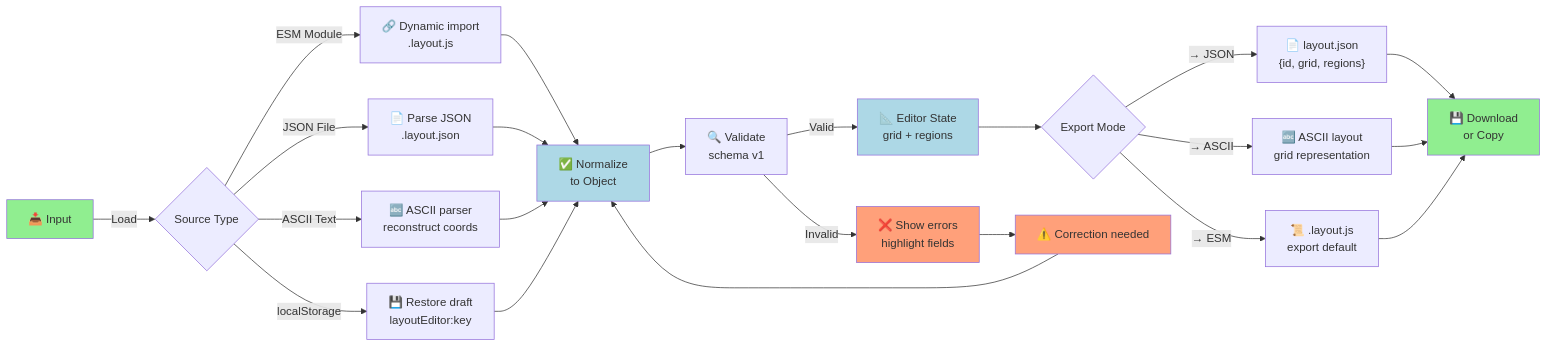
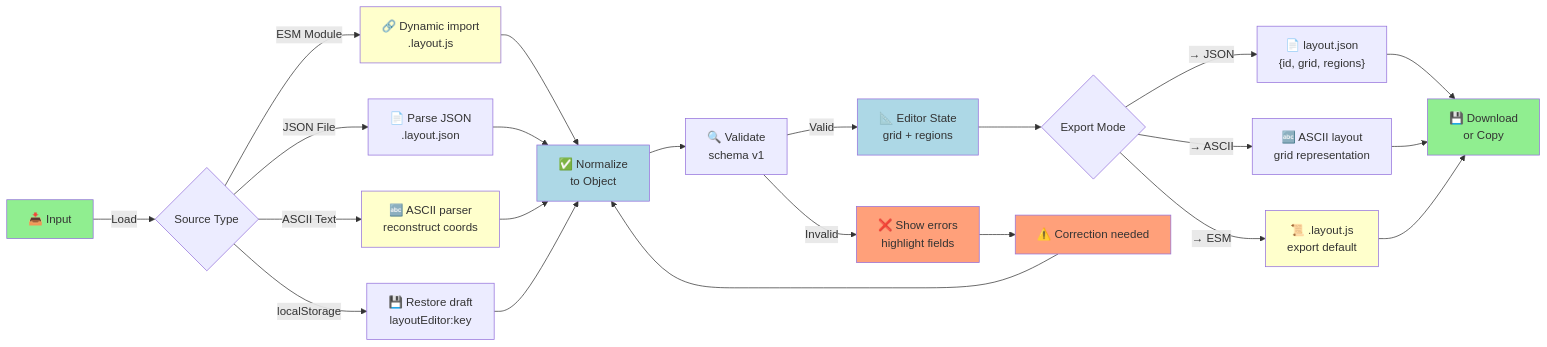
Before and after one commit to CyanAutomation/judokon: the third of 5 diagrams in design/productRequirementsDocuments/prdBattleLayoutEditor.md, drawn with Mermaid. The commit also changed other lines of this file and 5 other files, not shown here.

Commit message:
docs: update diagram verification dates and clarify implementation details across multiple PRDs

````diff
--- a/design/productRequirementsDocuments/prdBattleLayoutEditor.md
+++ b/design/productRequirementsDocuments/prdBattleLayoutEditor.md
@@ -168,37 +170,40 @@
 ```mermaid
 graph LR
     A["📥 Input"] -->|Load| B{Source Type}
 
     B -->|ESM Module| C["🔗 Dynamic import<br/>.layout.js"]
     B -->|JSON File| D["📄 Parse JSON<br/>.layout.json"]
     B -->|ASCII Text| E["🔤 ASCII parser<br/>reconstruct coords"]
     B -->|localStorage| F["💾 Restore draft<br/>layoutEditor:key"]
 
     C --> G["✅ Normalize<br/>to Object"]
     D --> G
     E --> G
     F --> G
 
     G --> H["🔍 Validate<br/>schema v1"]
     H -->|Valid| I["📐 Editor State<br/>grid + regions"]
     H -->|Invalid| J["❌ Show errors<br/>highlight fields"]
 
     I --> K{Export Mode}
     J --> L["⚠️ Correction needed"]
     L --> G
 
     K -->|→ JSON| M["📄 layout.json<br/>{id, grid, regions}"]
     K -->|→ ASCII| N["🔤 ASCII layout<br/>grid representation"]
     K -->|→ ESM| O["📜 .layout.js<br/>export default"]
 
     M --> P["💾 Download<br/>or Copy"]
     N --> P
     O --> P
 
     style A fill:lightgreen
     style G fill:lightblue
     style I fill:lightblue
     style P fill:lightgreen
     style J fill:lightsalmon
     style L fill:lightsalmon
+    style C fill:#ffffcc
+    style E fill:#ffffcc
+    style O fill:#ffffcc
 ```
````
